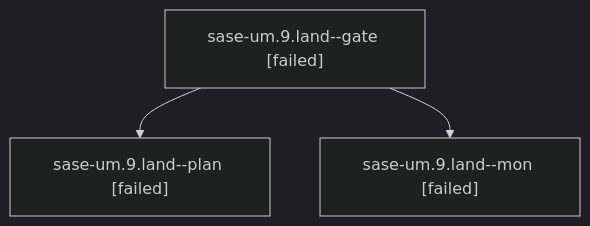
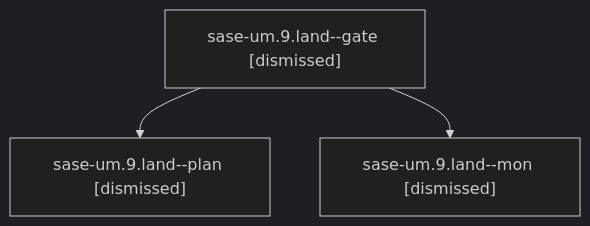
One commit to sase-org/sase--agents changed the diagram in families/bbugyi200.athena.sase-um.9.land.md. Above: the diagram before and after it, drawn with Mermaid (dark theme). The commit also changed other lines of this file and 336 other files, not shown here.

````diff
--- a/families/bbugyi200.athena.sase-um.9.land.md
+++ b/families/bbugyi200.athena.sase-um.9.land.md
@@ -9,8 +9,8 @@
 ```mermaid
 flowchart TD
-  n0["sase-um.9.land--gate [failed]"]
-  n1["sase-um.9.land--plan [failed]"]
+  n0["sase-um.9.land--gate [dismissed]"]
+  n1["sase-um.9.land--plan [dismissed]"]
   n0 --> n1
-  n2["sase-um.9.land--mon [failed]"]
+  n2["sase-um.9.land--mon [dismissed]"]
   n0 --> n2
 ```
````
